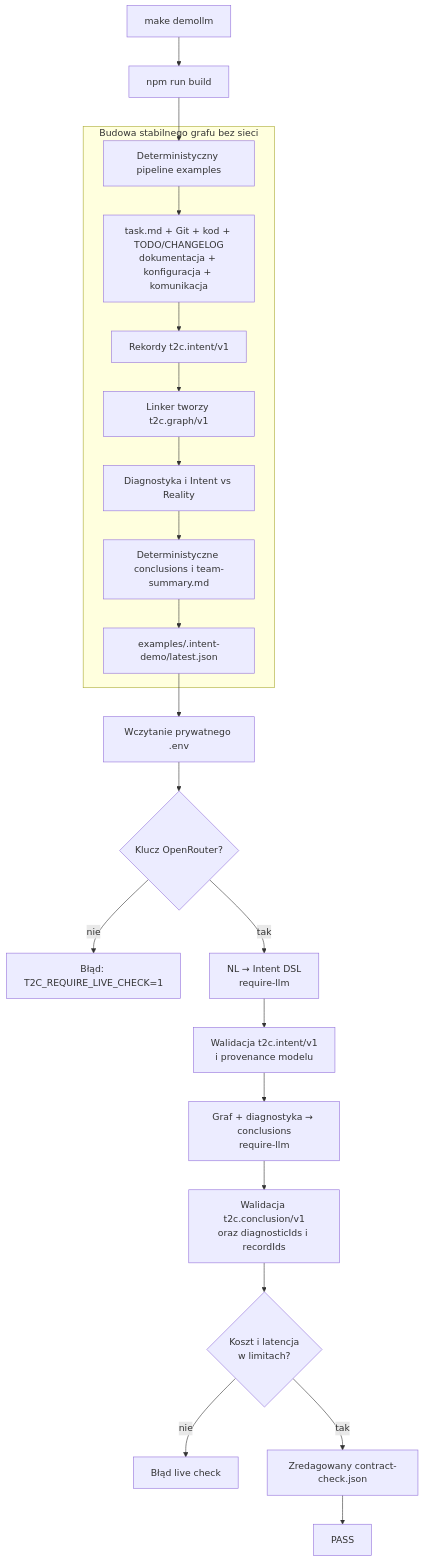
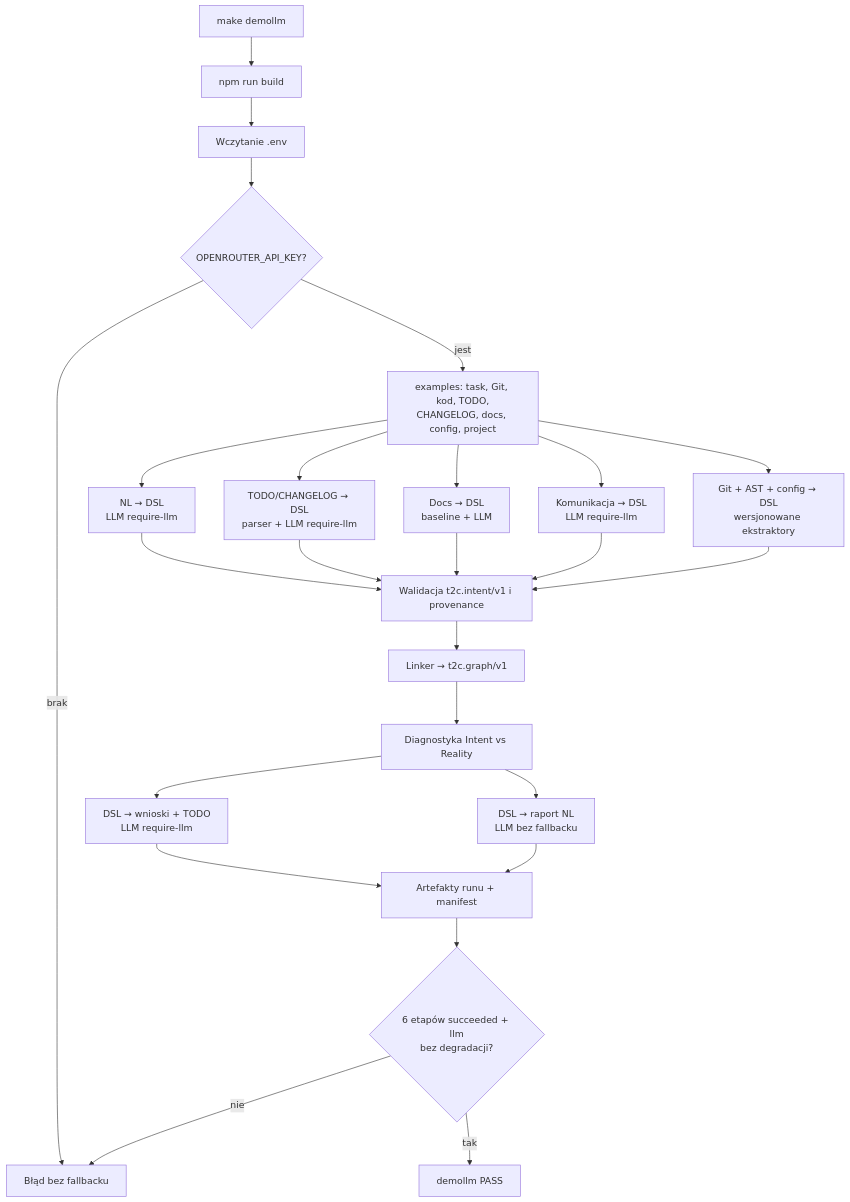
One commit to autogrammar/todo2code changed the first of 2 diagrams in docs/DEMOLLM.md. Above: the diagram before and after it, drawn with Mermaid. The commit also changed other lines of this file and 13 other files, not shown here.

Commit message:
fix: run full LLM demo without fallback

````diff
--- a/docs/DEMOLLM.md
+++ b/docs/DEMOLLM.md
@@ -26,26 +44,29 @@
 ```mermaid
 flowchart TD
     START[make demollm] --> BUILD[npm run build]
-    BUILD --> OFFLINE[Deterministyczny pipeline examples]
+    BUILD --> ENV[Wczytanie .env]
+    ENV --> KEY{OPENROUTER_API_KEY?}
+    KEY -->|brak| FAIL[Błąd bez fallbacku]
+    KEY -->|jest| INPUTS[examples: task, Git, kod, TODO,<br/>CHANGELOG, docs, config, project]
 
-    subgraph BASE[Budowa stabilnego grafu bez sieci]
-        OFFLINE --> INPUTS[task.md + Git + kod + TODO/CHANGELOG<br/>dokumentacja + konfiguracja + komunikacja]
-        INPUTS --> DSL[Rekordy t2c.intent/v1]
-        DSL --> GRAPH[Linker tworzy t2c.graph/v1]
-        GRAPH --> DIAG[Diagnostyka i Intent vs Reality]
-        DIAG --> REPORT[Deterministyczne conclusions i team-summary.md]
-        REPORT --> LATEST[examples/.intent-demo/latest.json]
-    end
+    INPUTS --> NL[NL → DSL<br/>LLM require-llm]
+    INPUTS --> MD[TODO/CHANGELOG → DSL<br/>parser + LLM require-llm]
+    INPUTS --> DOC[Docs → DSL<br/>baseline + LLM]
+    INPUTS --> COMM[Komunikacja → DSL<br/>LLM require-llm]
+    INPUTS --> FACTS[Git + AST + config → DSL<br/>wersjonowane ekstraktory]
 
-    LATEST --> ENV[Wczytanie prywatnego .env]
-    ENV --> KEY{Klucz OpenRouter?}
-    KEY -->|nie| FAILKEY[Błąd: T2C_REQUIRE_LIVE_CHECK=1]
-    KEY -->|tak| NLLM[NL → Intent DSL<br/>require-llm]
-    NLLM --> NVALID[Walidacja t2c.intent/v1<br/>i provenance modelu]
-    NVALID --> SLLM[Graf + diagnostyka → conclusions<br/>require-llm]
-    SLLM --> SVALID[Walidacja t2c.conclusion/v1<br/>oraz diagnosticIds i recordIds]
-    SVALID --> BUDGET{Koszt i latencja<br/>w limitach?}
-    BUDGET -->|nie| FAILBUDGET[Błąd live check]
-    BUDGET -->|tak| AUDIT[Zredagowany contract-check.json]
-    AUDIT --> PASS[PASS]
+    NL --> VALID[Walidacja t2c.intent/v1 i provenance]
+    MD --> VALID
+    DOC --> VALID
+    COMM --> VALID
+    FACTS --> VALID
+    VALID --> GRAPH[Linker → t2c.graph/v1]
+    GRAPH --> DIAG[Diagnostyka Intent vs Reality]
+    DIAG --> TASK[DSL → wnioski + TODO<br/>LLM require-llm]
+    DIAG --> SUMMARY[DSL → raport NL<br/>LLM bez fallbacku]
+    TASK --> FILES[Artefakty runu + manifest]
+    SUMMARY --> FILES
+    FILES --> GATE{6 etapów succeeded + llm<br/>bez degradacji?}
+    GATE -->|nie| FAIL
+    GATE -->|tak| PASS[demollm PASS]
 ```
````
